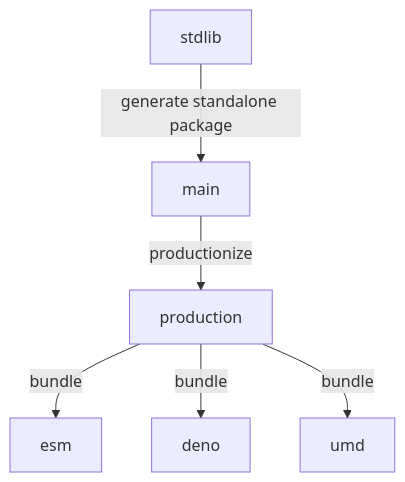
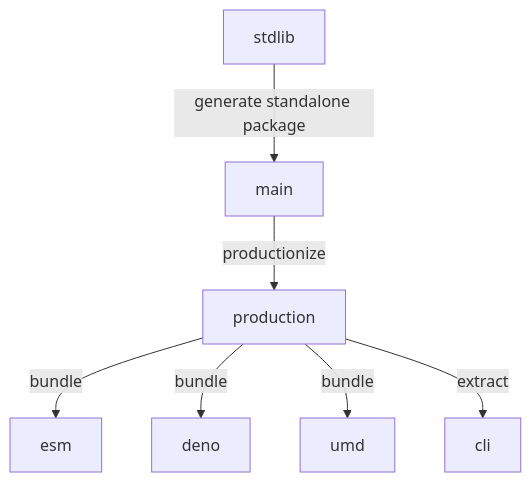
One commit to stdlib-js/assert-is-kebabcase changed the diagram in branches.md. Above: the diagram before and after it, drawn with Mermaid. The commit also changed other lines of this file and 6 other files, not shown here.

````diff
--- a/branches.md
+++ b/branches.md
@@ -33,15 +34,17 @@
 ```mermaid
 graph TD;
 A[stdlib]-->|generate standalone package|B;
 B[main] -->|productionize| C[production];
 C -->|bundle| D[esm];
 C -->|bundle| E[deno];
 C -->|bundle| F[umd];
+C -->|extract| G[cli];
 
-click A href "https://github.com/stdlib-js/stdlib/tree/develop/lib/node_modules/%40stdlib/assert/is-kebabcase"
-click B href "https://github.com/stdlib-js/assert-is-kebabcase/tree/main"
-click C href "https://github.com/stdlib-js/assert-is-kebabcase/tree/production"
-click D href "https://github.com/stdlib-js/assert-is-kebabcase/tree/esm"
-click E href "https://github.com/stdlib-js/assert-is-kebabcase/tree/deno"
-click F href "https://github.com/stdlib-js/assert-is-kebabcase/tree/umd"
+%% click A href "https://github.com/stdlib-js/stdlib/tree/develop/lib/node_modules/%40stdlib/assert/is-kebabcase"
+%% click B href "https://github.com/stdlib-js/assert-is-kebabcase/tree/main"
+%% click C href "https://github.com/stdlib-js/assert-is-kebabcase/tree/production"
+%% click D href "https://github.com/stdlib-js/assert-is-kebabcase/tree/esm"
+%% click E href "https://github.com/stdlib-js/assert-is-kebabcase/tree/deno"
+%% click F href "https://github.com/stdlib-js/assert-is-kebabcase/tree/umd"
+%% click G href "https://github.com/stdlib-js/assert-is-kebabcase/tree/cli"
 ```
````
